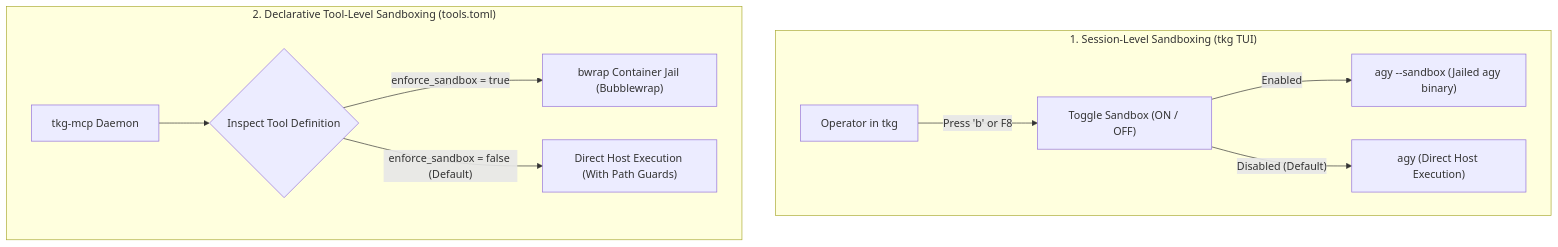
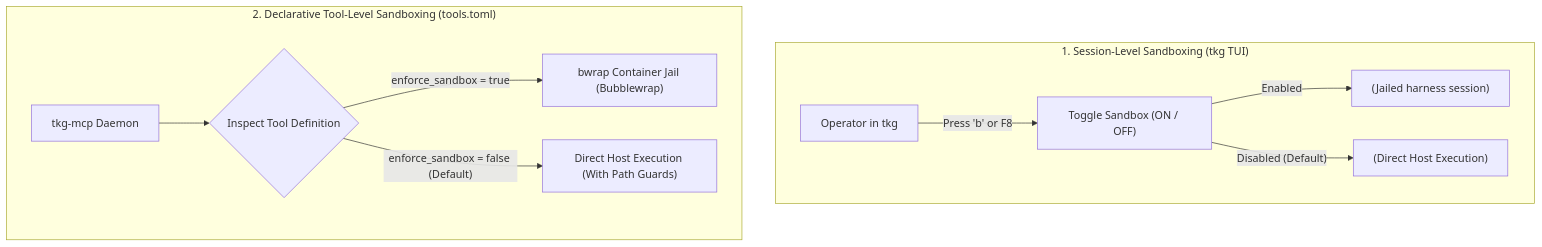
The diagram in docs/src/architecture/security-and-sandboxing.md (JeronimoCapelle/TorqKage), drawn with Mermaid before and after one commit. The commit also changed other lines of this file and 20 other files, not shown here.

````diff
--- a/docs/src/architecture/security-and-sandboxing.md
+++ b/docs/src/architecture/security-and-sandboxing.md
@@ -11,14 +11,14 @@
 ```mermaid
 flowchart TD
     subgraph SessionPlane ["1. Session-Level Sandboxing (tkg TUI)"]
         Operator["Operator in tkg"] -->|"Press 'b' or F8"| Toggle["Toggle Sandbox (ON / OFF)"]
-        Toggle -->|"Enabled"| SandboxedAgy["agy --sandbox (Jailed agy binary)"]
-        Toggle -->|"Disabled (Default)"| DirectAgy["agy (Direct Host Execution)"]
+        Toggle -->|"Enabled"| SandboxedAgy["<harness> (Jailed harness session)"]
+        Toggle -->|"Disabled (Default)"| DirectAgy["<harness> (Direct Host Execution)"]
     end
 
     subgraph ToolPlane ["2. Declarative Tool-Level Sandboxing (tools.toml)"]
         TkgMCP["tkg-mcp Daemon"] --> InspectTool{"Inspect Tool Definition"}
         InspectTool -->|"enforce_sandbox = true"| BwrapJail["bwrap Container Jail (Bubblewrap)"]
         InspectTool -->|"enforce_sandbox = false (Default)"| HostExec["Direct Host Execution (With Path Guards)"]
     end
 ```
````
